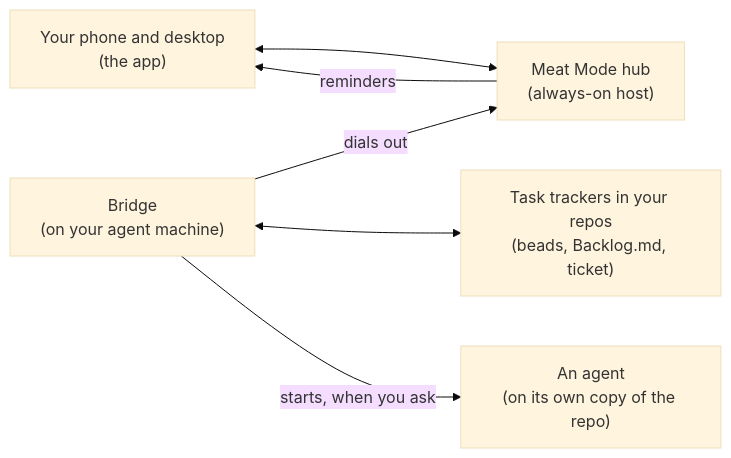
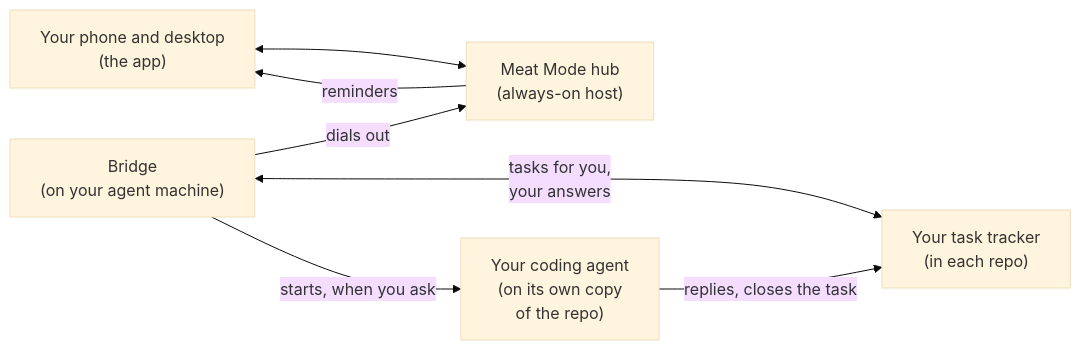
One commit to yourfriendaaron/meat-mode changed the diagram in README.md. Above: the diagram before and after it, drawn with Mermaid (base theme). The commit also changed other lines of this file and 8 other files, not shown here.

First line of the commit message:
README: retake screenshots, add month and details images, tracker-neutral diagram

````diff
--- a/README.md
+++ b/README.md
@@ -29,8 +29,9 @@
 ```mermaid
 flowchart LR
   phone["Your phone and desktop<br/>(the app)"] <--> hub["Meat Mode hub<br/>(always-on host)"]
   hub -- reminders --> phone
   bridge["Bridge<br/>(on your agent machine)"] -- dials out --> hub
-  bridge <--> beads["Task trackers in your repos<br/>(beads, Backlog.md, ticket)"]
-  bridge -- "starts, when you ask" --> agent["An agent<br/>(on its own copy of the repo)"]
+  bridge <-->|"tasks for you,<br/>your answers"| tracker["Your task tracker<br/>(in each repo)"]
+  bridge -- "starts, when you ask" --> agent["Your coding agent<br/>(on its own copy<br/>of the repo)"]
+  agent -- "replies, closes the task" --> tracker
 ```
````
